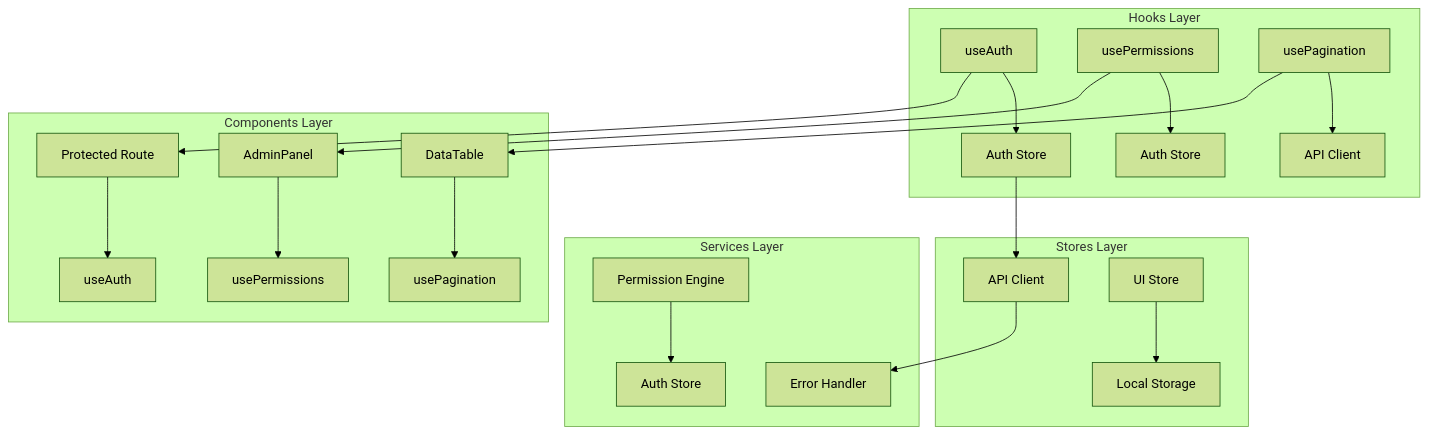
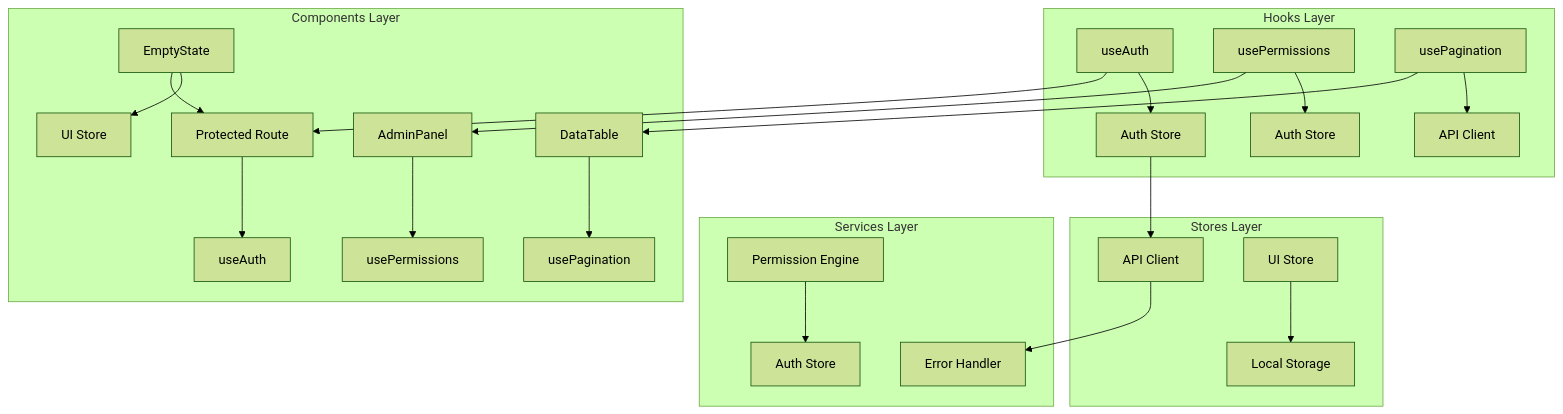
The ninth of 9 diagrams in .qoder/repowiki/en/content/System Architecture/Frontend Architecture/Component Architecture/Component Patterns & Best Practices.md (franckylab/eLISAschool), drawn with Mermaid (forest theme) before and after one commit. The commit also changed other lines of this file and 79 other files, not shown here.

````diff
--- a/.qoder/repowiki/en/content/System Architecture/Frontend Architecture/Component Architecture/Component Patterns & Best Practices.md
+++ b/.qoder/repowiki/en/content/System Architecture/Frontend Architecture/Component Architecture/Component Patterns & Best Practices.md
@@ -305,24 +359,26 @@
 ```mermaid
 graph TB
 subgraph "Hooks Layer"
 A[useAuth] --> B[Auth Store]
 C[usePermissions] --> D[Auth Store]
 E[usePagination] --> F[API Client]
 end
 subgraph "Stores Layer"
 B[Auth Store] --> G[API Client]
 H[UI Store] --> I[Local Storage]
 end
 subgraph "Services Layer"
 G[API Client] --> J[Error Handler]
 K[Permission Engine] --> L[Auth Store]
 end
 subgraph "Components Layer"
 M[Protected Route] --> N[useAuth]
 O[DataTable] --> P[usePagination]
 Q[AdminPanel] --> R[usePermissions]
+S[EmptyState] --> T[UI Store]
 end
 A --> M
 C --> Q
 E --> O
+S --> M
 ```
````
